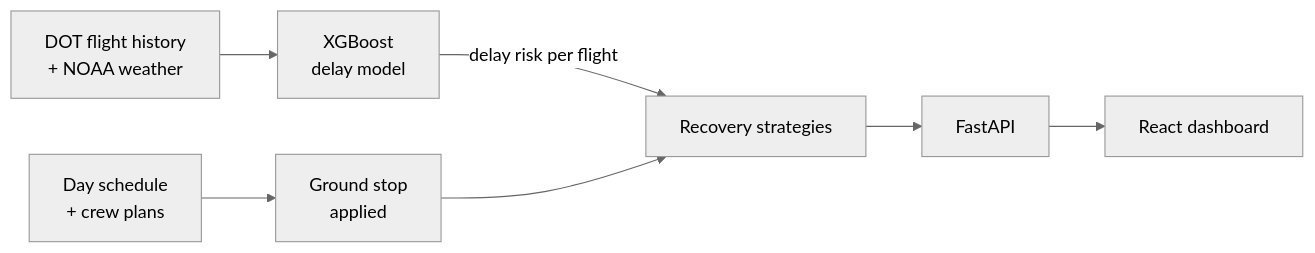
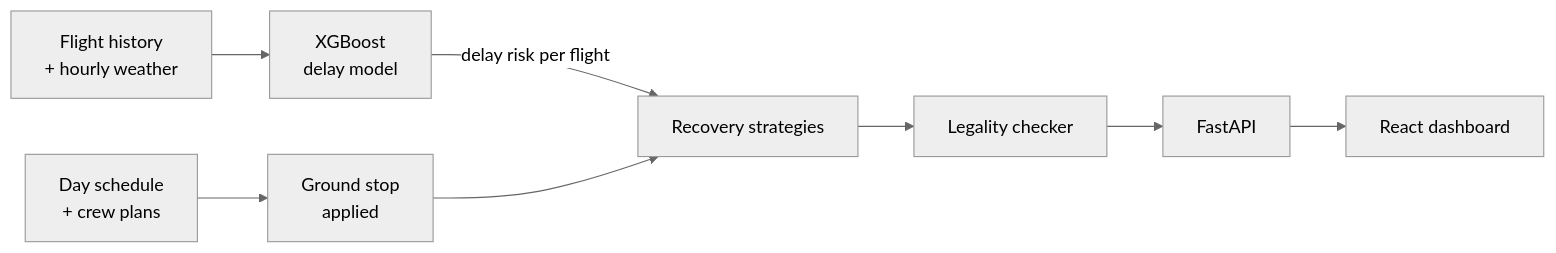
The diagram in README.md (asrithapallaki06/flight-recovery-engine), drawn with Mermaid (neutral theme) before and after one commit. The commit also changed other lines of this file and 8 other files, not shown here.

````diff
--- a/README.md
+++ b/README.md
@@ -18,9 +94,10 @@
 ```mermaid
 flowchart LR
-    A[DOT flight history<br/>+ NOAA weather] --> B[XGBoost<br/>delay model]
+    A[Flight history<br/>+ hourly weather] --> B[XGBoost<br/>delay model]
     C[Day schedule<br/>+ crew plans] --> D[Ground stop<br/>applied]
     B -- delay risk per flight --> E[Recovery strategies]
     D --> E
-    E --> F[FastAPI]
+    E --> V[Legality checker]
+    V --> F[FastAPI]
     F --> G[React dashboard]
 ```
````
